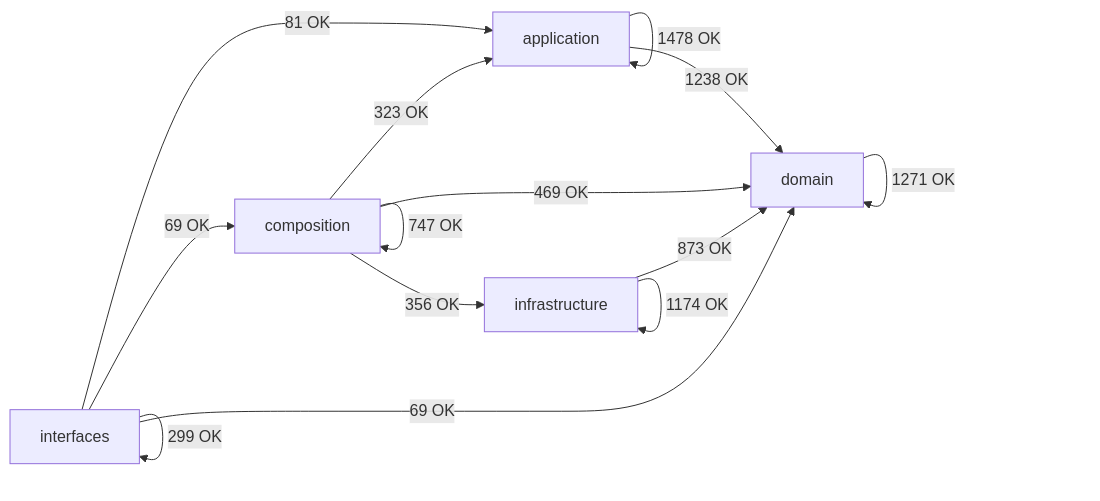
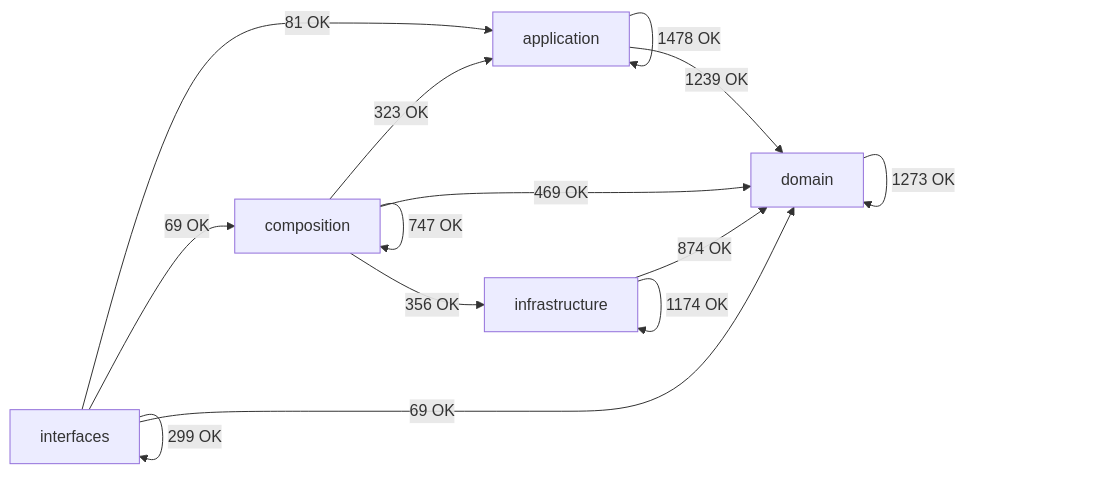
Before and after one commit to SatoryKono/BioactivityDataAcquisition: the diagram in docs/02-architecture/generated/module-dependency-map.md, drawn with Mermaid. The commit also changed other lines of this file and 69 other files, not shown here.

````diff
--- a/docs/02-architecture/generated/module-dependency-map.md
+++ b/docs/02-architecture/generated/module-dependency-map.md
@@ -17,21 +17,21 @@
 ```mermaid
 flowchart LR
     domain[domain]
     application[application]
     infrastructure[infrastructure]
     composition[composition]
     interfaces[interfaces]
     application -->|1478 OK| application
-    application -->|1238 OK| domain
+    application -->|1239 OK| domain
     composition -->|323 OK| application
     composition -->|747 OK| composition
     composition -->|469 OK| domain
     composition -->|356 OK| infrastructure
-    domain -->|1271 OK| domain
-    infrastructure -->|873 OK| domain
+    domain -->|1273 OK| domain
+    infrastructure -->|874 OK| domain
     infrastructure -->|1174 OK| infrastructure
     interfaces -->|81 OK| application
     interfaces -->|69 OK| composition
     interfaces -->|69 OK| domain
     interfaces -->|299 OK| interfaces
 ```
````
